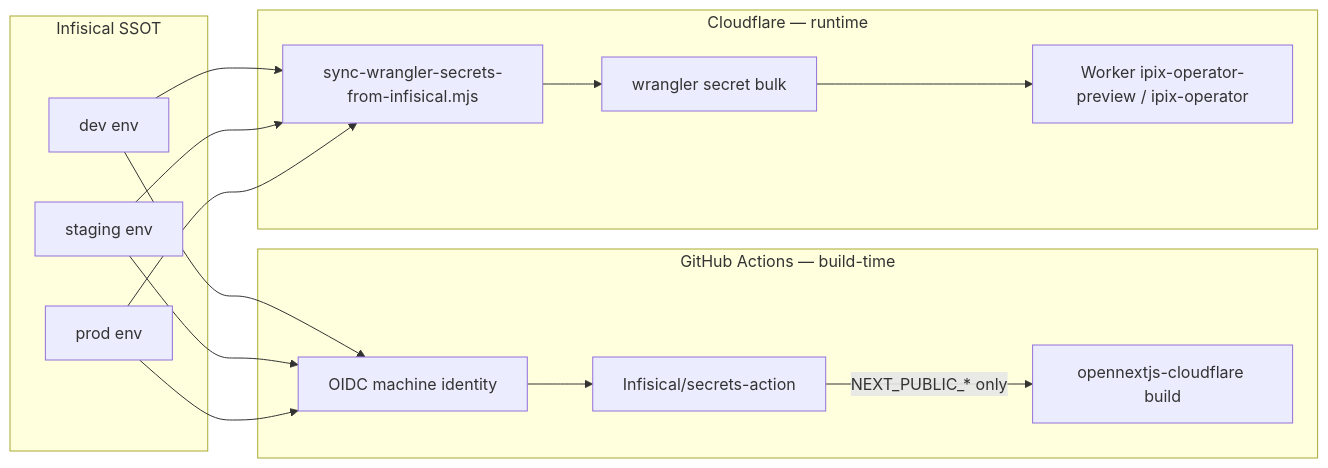
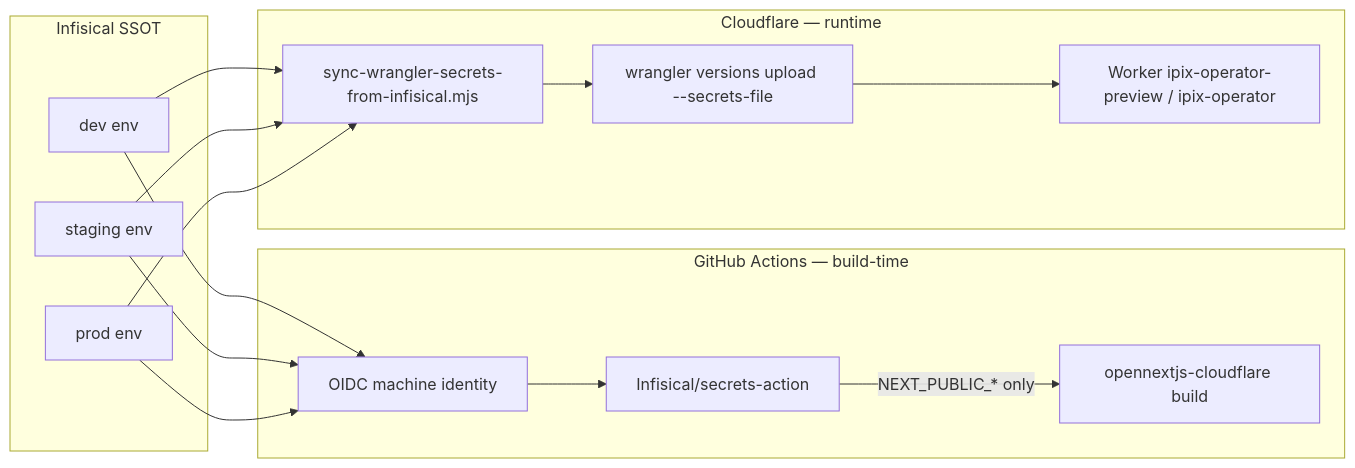
The diagram in app/docs/infisical-cloudflare-secrets.md (amo-tech-ai/lumina-studio), drawn with Mermaid before and after one commit. The commit also changed other lines of this file and 2 other files, not shown here.

First line of the commit message:
feat(infisical): sync secrets via wrangler versions upload --secrets-file

````diff
--- a/app/docs/infisical-cloudflare-secrets.md
+++ b/app/docs/infisical-cloudflare-secrets.md
@@ -11,31 +11,31 @@
 ```mermaid
 flowchart LR
   subgraph infisical [Infisical SSOT]
     DEV[dev env]
     STG[staging env]
     PRD[prod env]
   end
 
   subgraph ci [GitHub Actions — build-time]
     OIDC[OIDC machine identity]
     SA[Infisical/secrets-action]
     BUILD[opennextjs-cloudflare build]
   end
 
   subgraph runtime [Cloudflare — runtime]
     SYNC[sync-wrangler-secrets-from-infisical.mjs]
-    WR[wrangler secret bulk]
+    WR[wrangler versions upload --secrets-file]
     WK[Worker ipix-operator-preview / ipix-operator]
   end
 
   DEV --> OIDC
   STG --> OIDC
   PRD --> OIDC
   OIDC --> SA
   SA -->|"NEXT_PUBLIC_* only"| BUILD
 
   DEV --> SYNC
   STG --> SYNC
   PRD --> SYNC
   SYNC --> WR --> WK
 ```
````
